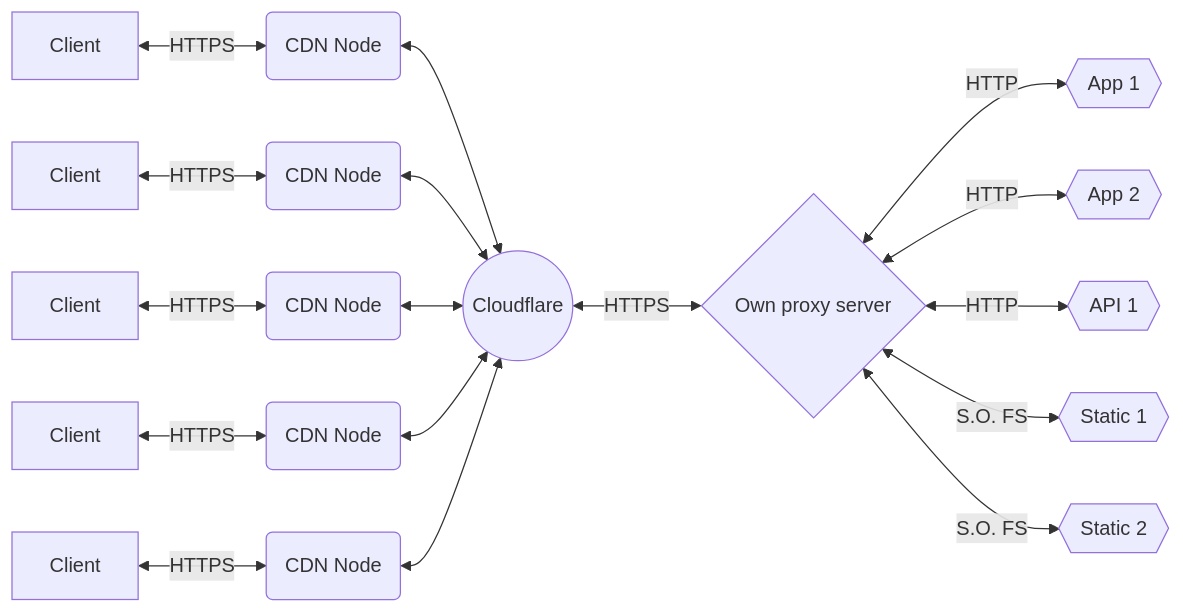
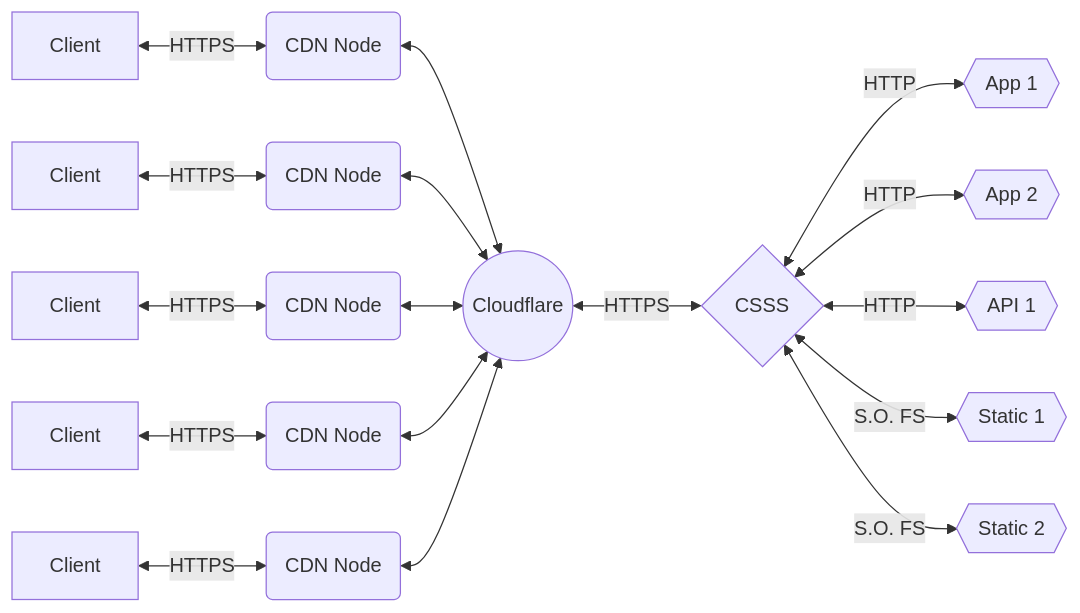
One commit to chrisvdev/CloudFlare-SSL-Subdomain-service changed the diagram in README.md. Above: the diagram before and after it, drawn with Mermaid.

````diff
--- a/README.md
+++ b/README.md
@@ -29,19 +29,19 @@
 ```mermaid
 graph LR
 A[Client] <-- HTTPS --> B(CDN Node)
 C[Client] <-- HTTPS --> D(CDN Node)
 F[Client] <-- HTTPS --> G(CDN Node)
 H[Client] <-- HTTPS --> I(CDN Node)
 J[Client] <-- HTTPS --> K(CDN Node)
 B <--> L((Cloudflare))
 D <--> L
 G <--> L
 I <--> L
 K <--> L
-L <-- HTTPS --> N{Own proxy server}
+L <-- HTTPS --> N{CSSS}
 N <-- HTTP --> M{{App 1}}
 N <-- HTTP --> O{{App 2}}
 N <-- HTTP --> P{{API 1}}
 N <-- S.O. FS --> Q{{Static 1}}
 N <-- S.O. FS --> R{{Static 2}}
 ```
````
